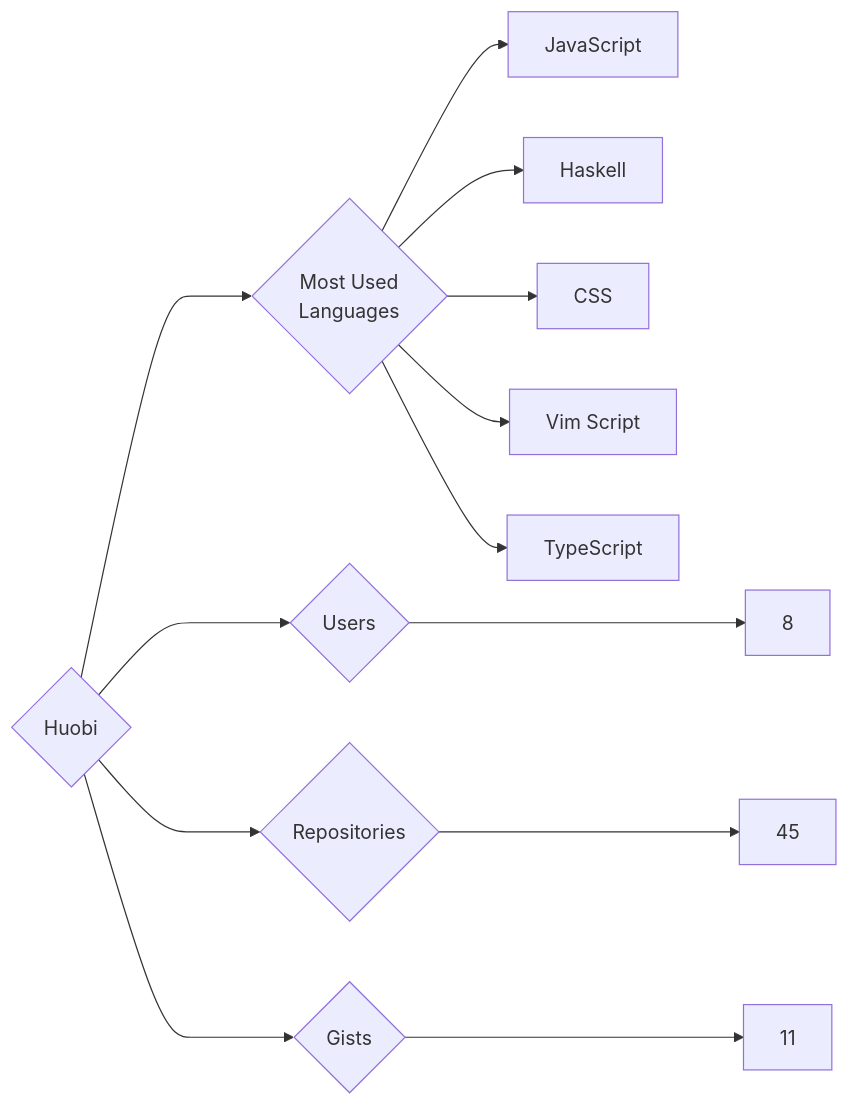
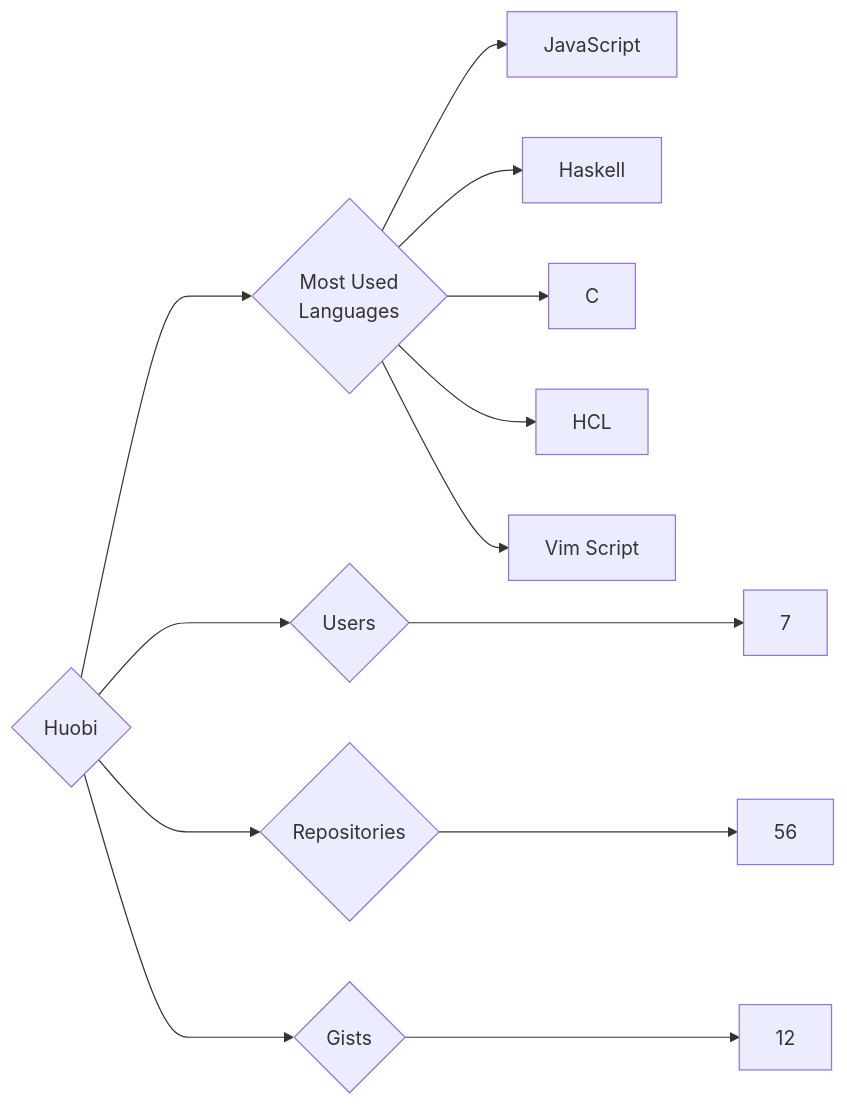
The diagram in targets/Huobi/README.md (trickest/insiders), drawn with Mermaid before and after one commit. The commit also changed 1078 other files, not shown here.

````diff
--- a/targets/Huobi/README.md
+++ b/targets/Huobi/README.md
@@ -3,13 +3,13 @@
 ```mermaid
 graph LR
 COMPANY_NAME{Huobi}
-COMPANY_NAME ---> U{Users} ---> UN[8]
-COMPANY_NAME ---> R{Repositories} ---> RN[45]
-COMPANY_NAME ---> G{Gists} ---> GN[11]
+COMPANY_NAME ---> U{Users} ---> UN[7]
+COMPANY_NAME ---> R{Repositories} ---> RN[56]
+COMPANY_NAME ---> G{Gists} ---> GN[12]
 COMPANY_NAME ---> ML{Most Used<br>Languages}
 ML --> JavaScript[JavaScript]
 ML --> Haskell[Haskell]
-ML --> CSS[CSS]
+ML --> C[C]
+ML --> HCL[HCL]
 ML --> Vim_Script[Vim Script]
-ML --> TypeScript[TypeScript]
 ```
````
